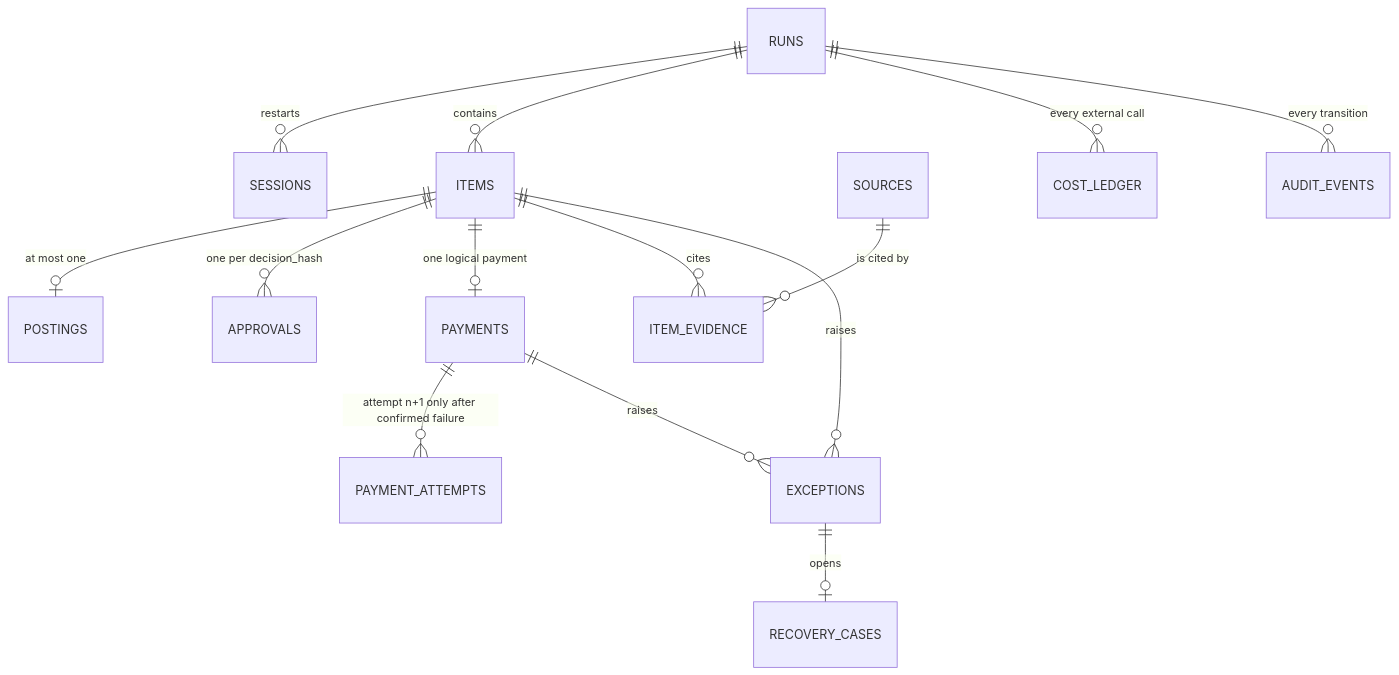
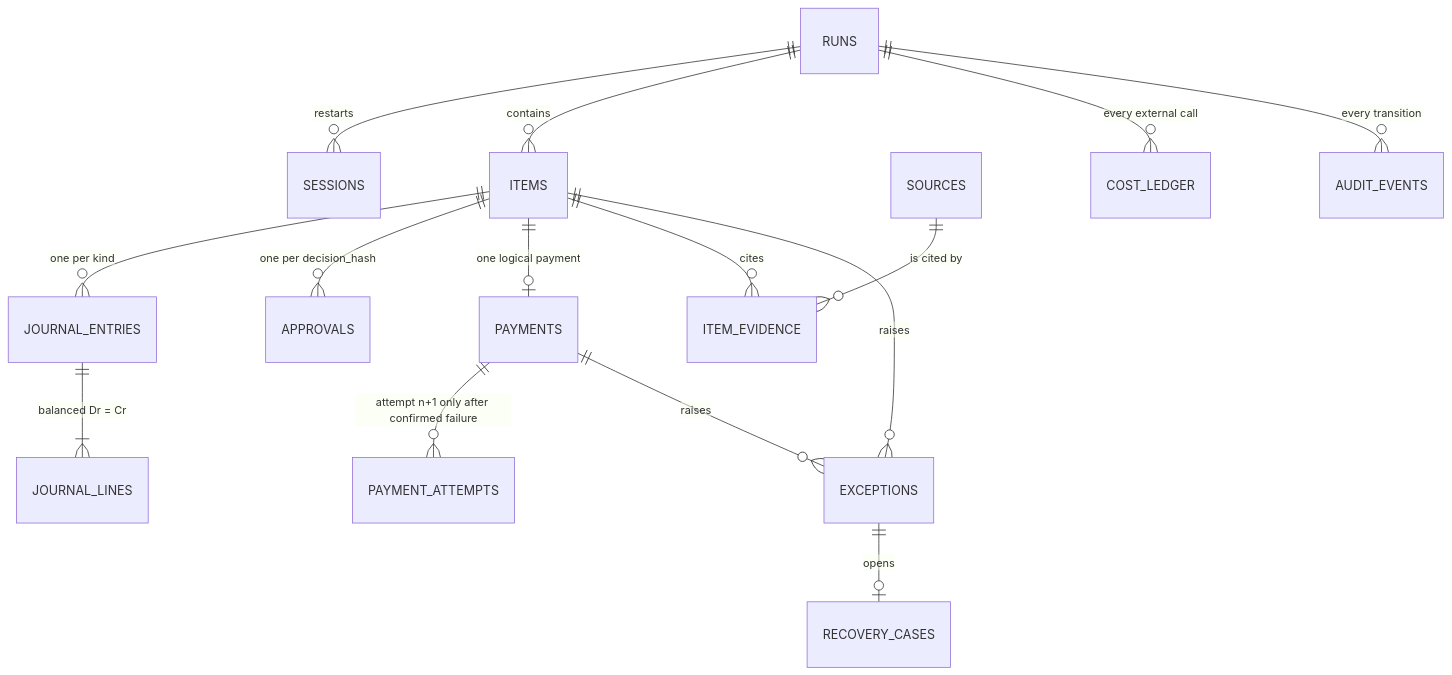
Before and after one commit to cypher-daemon/ContextCon_Hackathon: the eighth of 9 diagrams in docs/ARCHITECTURE.md, drawn with Mermaid. The commit also changed other lines of this file and 10 other files, not shown here.

````diff
--- a/docs/ARCHITECTURE.md
+++ b/docs/ARCHITECTURE.md
@@ -276,16 +277,17 @@
 ```mermaid
 erDiagram
   RUNS ||--o{ SESSIONS : "restarts"
   RUNS ||--o{ ITEMS : contains
-  ITEMS ||--o| POSTINGS : "at most one"
+  ITEMS ||--o{ JOURNAL_ENTRIES : "one per kind"
+  JOURNAL_ENTRIES ||--|{ JOURNAL_LINES : "balanced Dr = Cr"
   ITEMS ||--o{ APPROVALS : "one per decision_hash"
   ITEMS ||--o| PAYMENTS : "one logical payment"
   PAYMENTS ||--o{ PAYMENT_ATTEMPTS : "attempt n+1 only after confirmed failure"
   ITEMS ||--o{ ITEM_EVIDENCE : cites
   SOURCES ||--o{ ITEM_EVIDENCE : "is cited by"
   ITEMS ||--o{ EXCEPTIONS : raises
   PAYMENTS ||--o{ EXCEPTIONS : raises
   EXCEPTIONS ||--o| RECOVERY_CASES : opens
   RUNS ||--o{ COST_LEDGER : "every external call"
   RUNS ||--o{ AUDIT_EVENTS : "every transition"
 ```
````
